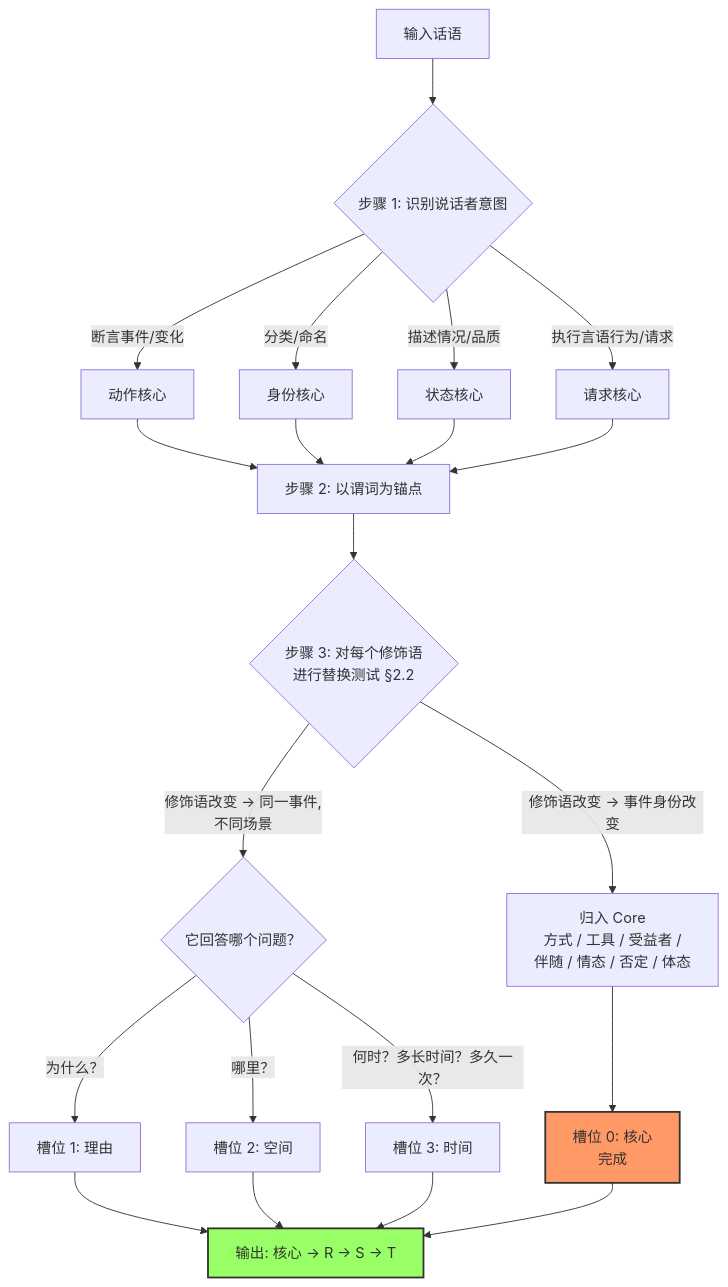
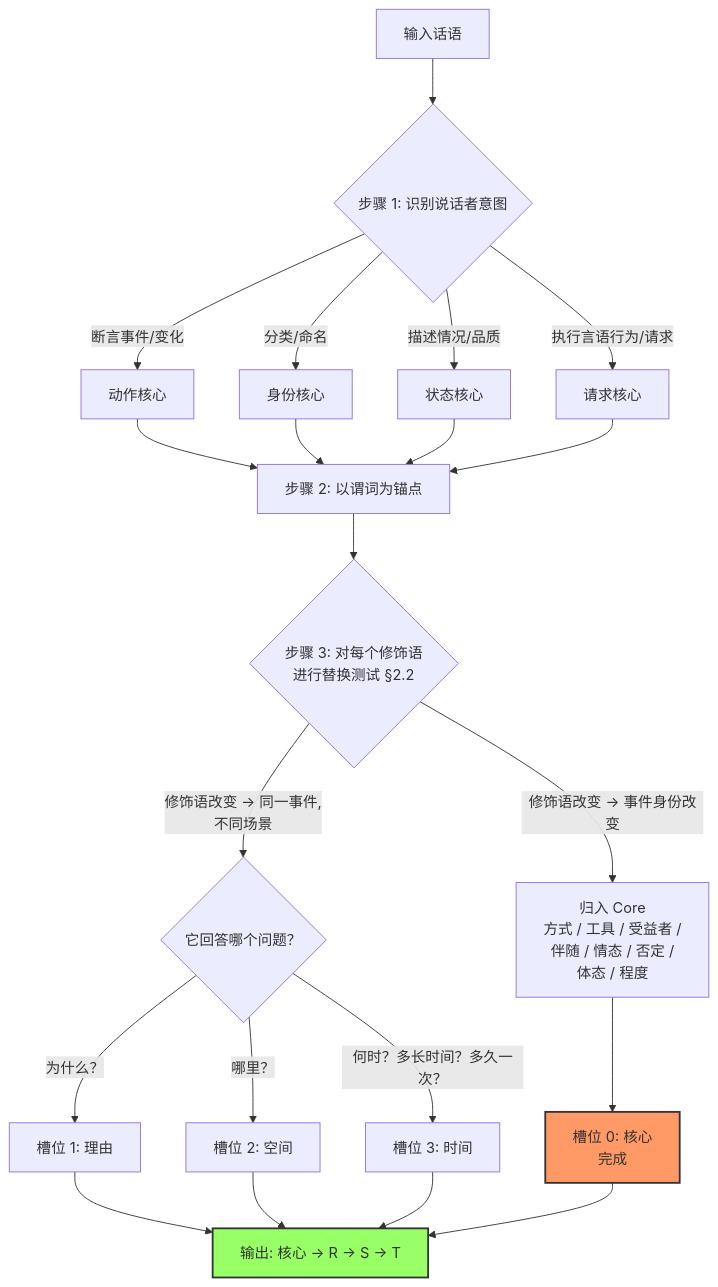
Before and after one commit to corefirst/cflt: the third of 3 diagrams in docs/zh/foundations/core-concept.md, drawn with Mermaid. The commit also changed other lines of this file and 42 other files, not shown here.

````diff
--- a/docs/zh/foundations/core-concept.md
+++ b/docs/zh/foundations/core-concept.md
@@ -480,30 +480,30 @@
 ```mermaid
 flowchart TD
     A[输入话语] --> B{步骤 1: 识别说话者意图}
     B -->|断言事件/变化| C1[动作核心]
     B -->|分类/命名| C2[身份核心]
     B -->|描述情况/品质| C3[状态核心]
     B -->|执行言语行为/请求| C4[请求核心]
 
     C1 --> D[步骤 2: 以谓词为锚点]
     C2 --> D
     C3 --> D
     C4 --> D
 
     D --> E{步骤 3: 对每个修饰语<br/>进行替换测试 §2.2}
-    E -->|"修饰语改变 → 事件身份改变"| F[归入 Core<br/>方式 / 工具 / 受益者 /<br/>伴随 / 情态 / 否定 / 体态]
+    E -->|"修饰语改变 → 事件身份改变"| F[归入 Core<br/>方式 / 工具 / 受益者 /<br/>伴随 / 情态 / 否定 /<br/>体态 / 程度]
     E -->|"修饰语改变 → 同一事件,<br/>不同场景"| G{它回答哪个问题？}
 
     G -->|为什么？| H1[槽位 1: 理由]
     G -->|哪里？| H2[槽位 2: 空间]
     G -->|何时？多长时间？多久一次？| H3[槽位 3: 时间]
 
     F --> I[槽位 0: 核心<br/>完成]
     H1 --> J[输出: 核心 → R → S → T]
     H2 --> J
     H3 --> J
     I --> J
 
     style I fill:#f96,stroke:#333,stroke-width:2px
     style J fill:#9f6,stroke:#333,stroke-width:2px
 ```
````
